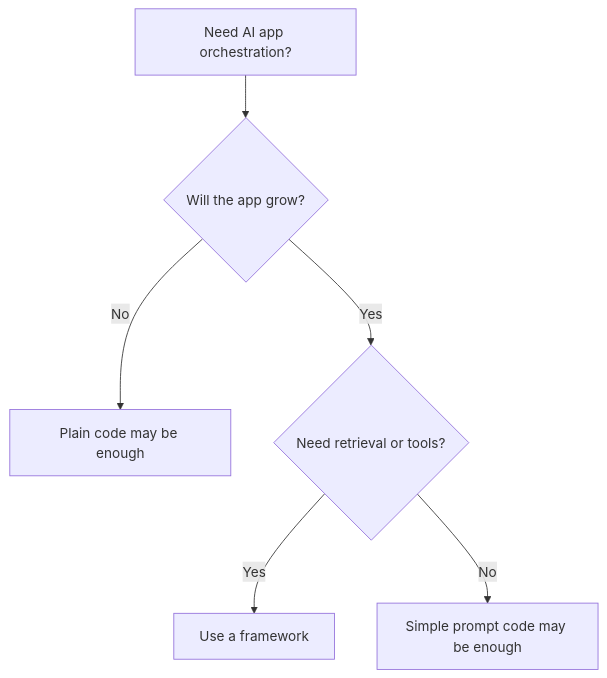
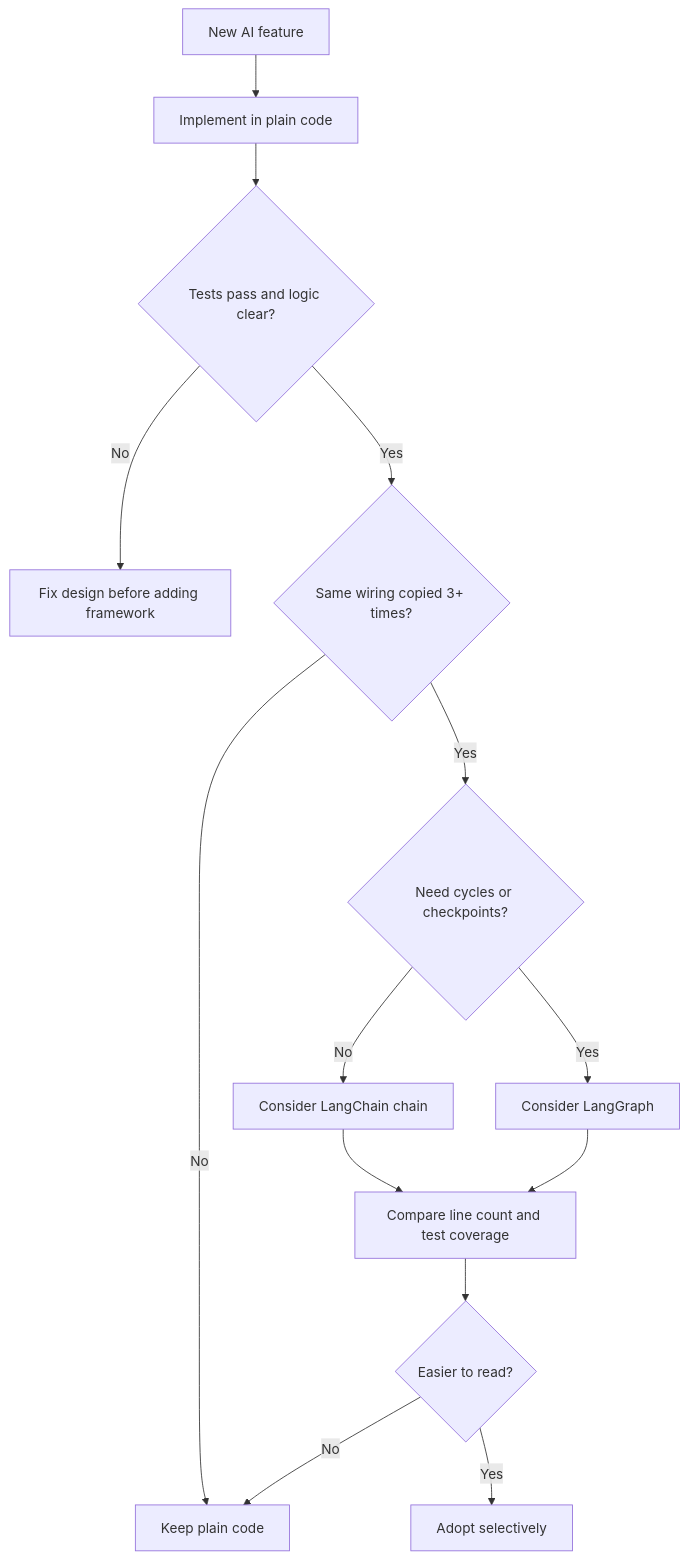
The sixth of 11 diagrams in day_26/day_26_langchain.md (Asabeneh/30-Days-Of-AI-Engineering), drawn with Mermaid before and after one commit. The commit also changed other lines of this file and 49 other files, not shown here.

````diff
--- a/day_26/day_26_langchain.md
+++ b/day_26/day_26_langchain.md
@@ -230,8 +313,16 @@
 ```mermaid
 flowchart TD
-        A[Need AI app orchestration?] --> B{Will the app grow?}
-        B -->|No| C[Plain code may be enough]
-        B -->|Yes| D{Need retrieval or tools?}
-        D -->|Yes| E[Use a framework]
-        D -->|No| F[Simple prompt code may be enough]
+    A[New AI feature] --> B[Implement in plain code]
+    B --> C{Tests pass and logic clear?}
+    C -->|No| D[Fix design before adding framework]
+    C -->|Yes| E{Same wiring copied 3+ times?}
+    E -->|No| F[Keep plain code]
+    E -->|Yes| G{Need cycles or checkpoints?}
+    G -->|No| H[Consider LangChain chain]
+    G -->|Yes| I[Consider LangGraph]
+    H --> J[Compare line count and test coverage]
+    I --> J
+    J --> K{Easier to read?}
+    K -->|No| F
+    K -->|Yes| L[Adopt selectively]
 ```
````
